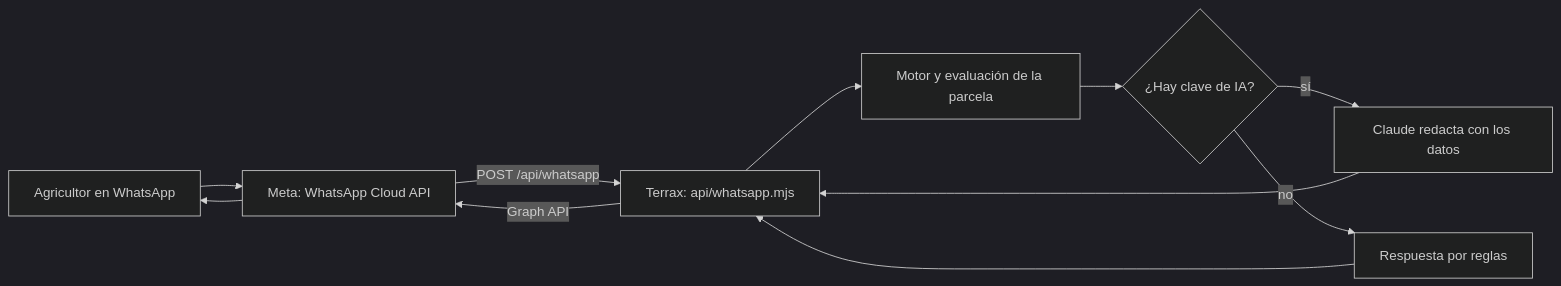
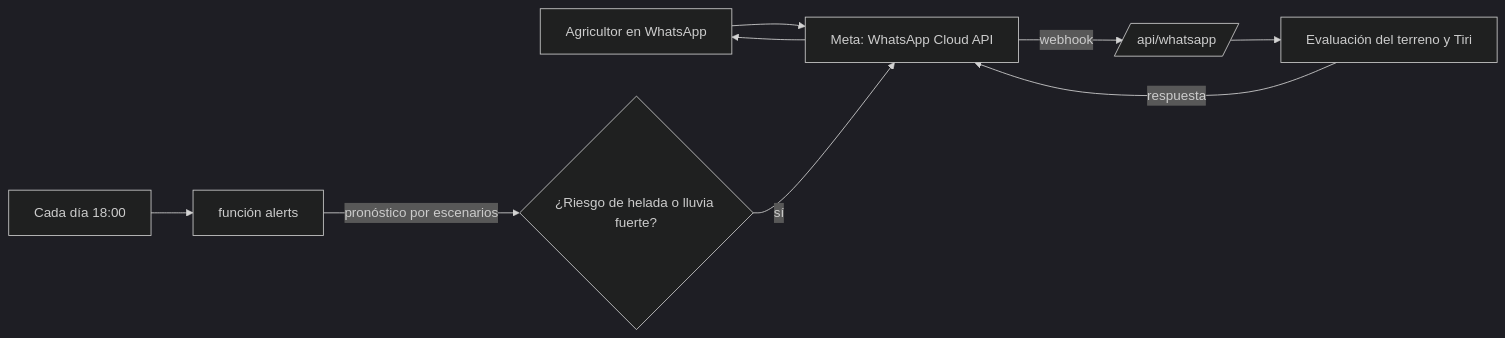
Before and after one commit to luis19998/terrax-cochabamba: the diagram in docs/infra/whatsapp.md, drawn with Mermaid (dark theme). The commit also changed other lines of this file and 23 other files, not shown here.

````diff
--- a/docs/infra/whatsapp.md
+++ b/docs/infra/whatsapp.md
@@ -6,12 +6,10 @@
 ```mermaid
 flowchart LR
   A[Agricultor en WhatsApp] --> M[Meta: WhatsApp Cloud API]
-  M -->|POST /api/whatsapp| T[Terrax: api/whatsapp.mjs]
-  T --> E[Motor y evaluación de la parcela]
-  E --> I{¿Hay clave de IA?}
-  I -->|sí| C[Claude redacta con los datos]
-  I -->|no| R[Respuesta por reglas]
-  C --> T
-  R --> T
-  T -->|Graph API| M --> A
+  M -->|webhook| T[/api/whatsapp/]
+  T --> E[Evaluación del terreno y Tiri]
+  E -->|respuesta| M --> A
+  S[Cada día 18:00] --> F[función alerts]
+  F -->|pronóstico por escenarios| P{¿Riesgo de helada o lluvia fuerte?}
+  P -->|sí| M
 ```
````
